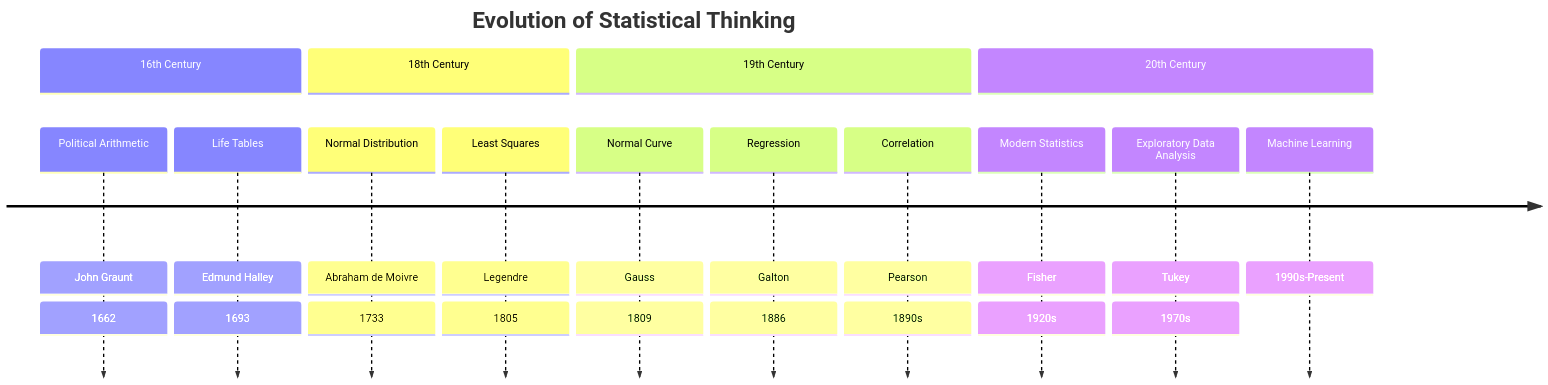
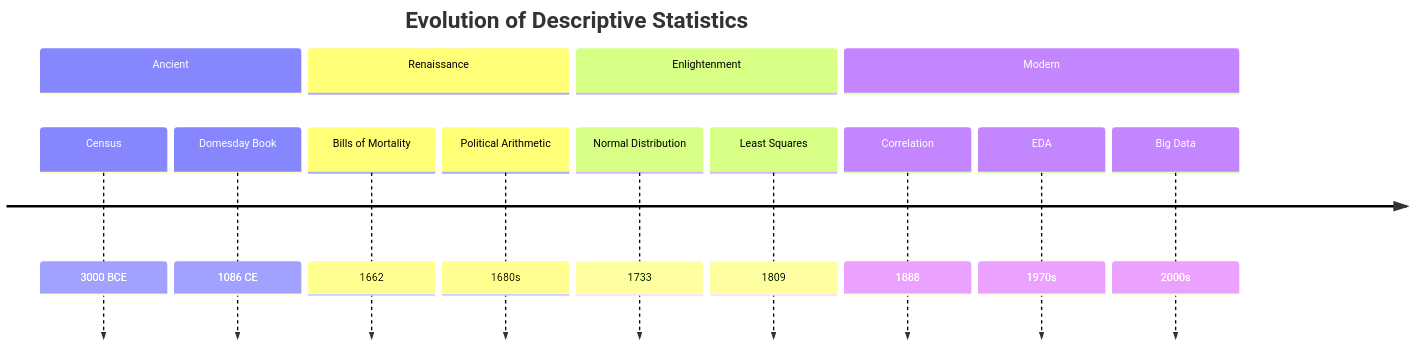
The second of 11 diagrams in 01-descriptive-statistics.md (muhammadsalek/statistics-for-scientists), drawn with Mermaid before and after one commit. The commit also changed other lines of this file, not shown here.

````diff
--- a/01-descriptive-statistics.md
+++ b/01-descriptive-statistics.md
@@ -129,18 +196,17 @@
 ```mermaid
 timeline
-    title Evolution of Statistical Thinking
-    section 16th Century
-        Political Arithmetic : John Graunt : 1662
-        Life Tables : Edmund Halley : 1693
-    section 18th Century
-        Normal Distribution : Abraham de Moivre : 1733
-        Least Squares : Legendre : 1805
-    section 19th Century
-        Normal Curve : Gauss : 1809
-        Regression : Galton : 1886
-        Correlation : Pearson : 1890s
-    section 20th Century
-        Modern Statistics : Fisher : 1920s
-        Exploratory Data Analysis : Tukey : 1970s
-        Machine Learning : 1990s-Present
+    title Evolution of Descriptive Statistics
+    section Ancient
+        Census : 3000 BCE
+        Domesday Book : 1086 CE
+    section Renaissance
+        Bills of Mortality : 1662
+        Political Arithmetic : 1680s
+    section Enlightenment
+        Normal Distribution : 1733
+        Least Squares : 1809
+    section Modern
+        Correlation : 1888
+        EDA : 1970s
+        Big Data : 2000s
 ```
````
